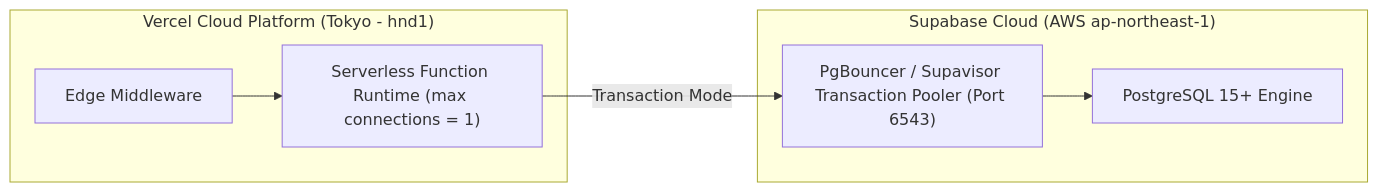
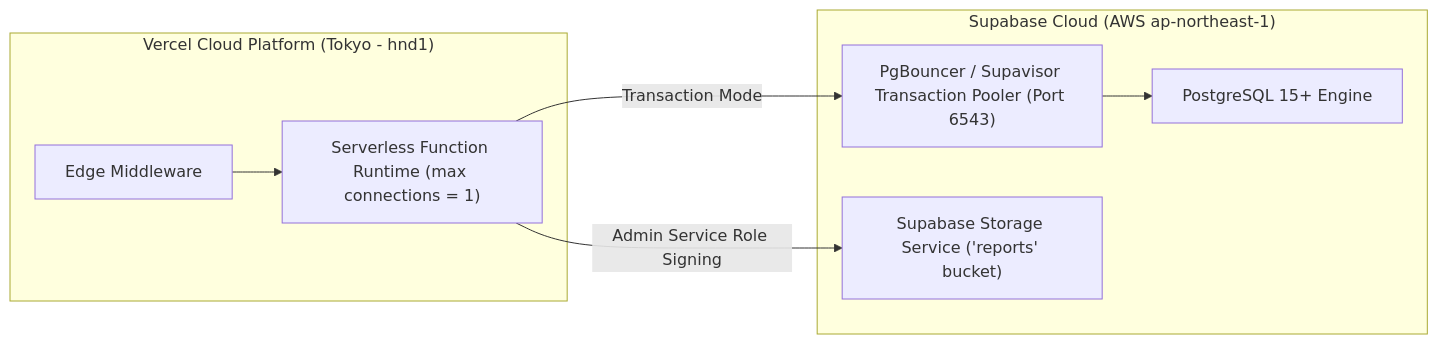
Before and after one commit to Vitti-Capital-Tech/daily-movers-dashboard: the third of 3 diagrams in docs/HLD.md, drawn with Mermaid. The commit also changed other lines of this file and 2 other files, not shown here.

````diff
--- a/docs/HLD.md
+++ b/docs/HLD.md
@@ -165,16 +183,18 @@
 ```mermaid
 graph LR
     subgraph Vercel["Vercel Cloud Platform (Tokyo - hnd1)"]
         NextEdge["Edge Middleware"]
         NextServerless["Serverless Function Runtime (max connections = 1)"]
     end
 
     subgraph Supabase["Supabase Cloud (AWS ap-northeast-1)"]
         SupabasePooler["PgBouncer / Supavisor Transaction Pooler (Port 6543)"]
         PostgresInstance["PostgreSQL 15+ Engine"]
+        StorageEngine["Supabase Storage Service ('reports' bucket)"]
     end
 
     NextEdge --> NextServerless
     NextServerless -->|Transaction Mode| SupabasePooler
     SupabasePooler --> PostgresInstance
+    NextServerless -->|Admin Service Role Signing| StorageEngine
 ```
````
